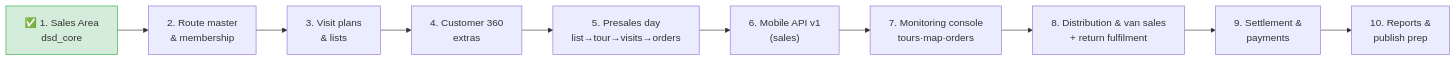
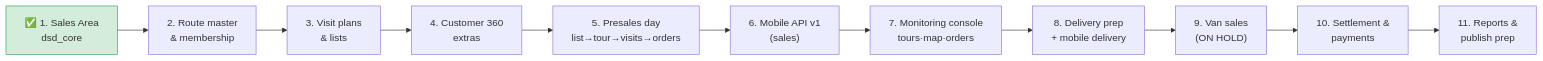
One commit to omidcsh/odoo-dsd changed the diagram in docs/issues/01-implementation-plan.md. Above: the diagram before and after it, drawn with Mermaid. The commit also changed other lines of this file and 2 other files, not shown here.

Commit message:
docs: new step-8 draft — delivery preparation & mobile delivery readiness (no money); van draft -> step 9 (held); roadmap 11 steps

````diff
--- a/docs/issues/01-implementation-plan.md
+++ b/docs/issues/01-implementation-plan.md
@@ -56,15 +56,16 @@
 ```mermaid
 flowchart LR
     S1["✅ 1. Sales Area<br/>dsd_core"]
     S2["2. Route master<br/>& membership"]
     S3["3. Visit plans<br/>& lists"]
     S4["4. Customer 360<br/>extras"]
     S5["5. Presales day<br/>list→tour→visits→orders"]
     S6["6. Mobile API v1<br/>(sales)"]
     S7["7. Monitoring console<br/>tours·map·orders"]
-    S8["8. Distribution & van sales<br/>+ return fulfilment"]
-    S9["9. Settlement &<br/>payments"]
-    S10["10. Reports &<br/>publish prep"]
-    S1 --> S2 --> S3 --> S4 --> S5 --> S6 --> S7 --> S8 --> S9 --> S10
+    S8["8. Delivery prep<br/>+ mobile delivery"]
+    S9["9. Van sales<br/>(ON HOLD)"]
+    S10["10. Settlement &<br/>payments"]
+    S11["11. Reports &<br/>publish prep"]
+    S1 --> S2 --> S3 --> S4 --> S5 --> S6 --> S7 --> S8 --> S9 --> S10 --> S11
     style S1 fill:#d4edda,stroke:#28a745
 ```
````
